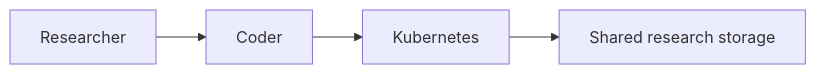
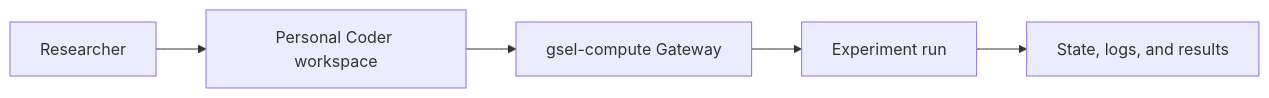
The diagram in docs/reference/system-overview.md (CBNU-GSEL/handbook), drawn with Mermaid before and after one commit. The commit also changed other lines of this file and 13 other files, not shown here.

Commit message:
docs(handbook): document Coder to Gateway research workflow

````diff
--- a/docs/reference/system-overview.md
+++ b/docs/reference/system-overview.md
@@ -11,6 +7,7 @@
 ```mermaid
 graph LR
-  Researcher --> Coder
-  Coder --> Kubernetes
-  Kubernetes --> Storage["Shared research storage"]
+  Researcher --> Coder["Personal Coder workspace"]
+  Coder --> Gateway["gsel-compute Gateway"]
+  Gateway --> Run["Experiment run"]
+  Run --> Results["State, logs, and results"]
 ```
````
